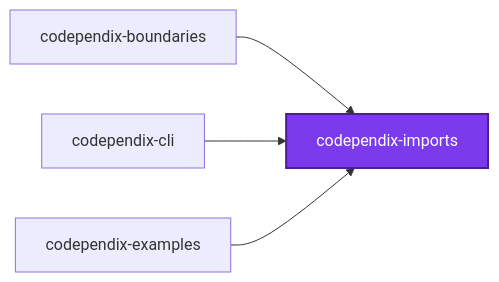
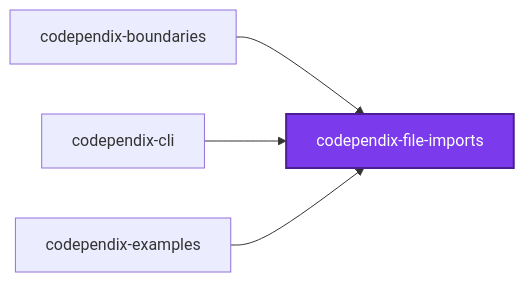
One commit to JimmyPaolini/codebase changed the first of 3 diagrams in packages/codependix-file-imports/README.md. Above: the diagram before and after it, drawn with Mermaid. The commit also changed other lines of this file and 13 other files, not shown here.

````diff
--- a/packages/codependix-file-imports/README.md
+++ b/packages/codependix-file-imports/README.md
@@ -14,12 +14,12 @@
 ```mermaid
 graph LR
   codependix_boundaries["codependix-boundaries"]
   codependix_cli["codependix-cli"]
   codependix_examples["codependix-examples"]
-  codependix_imports["codependix-imports"]
-  codependix_boundaries --> codependix_imports
-  codependix_cli --> codependix_imports
-  codependix_examples --> codependix_imports
+  codependix_file_imports["codependix-file-imports"]
+  codependix_boundaries --> codependix_file_imports
+  codependix_cli --> codependix_file_imports
+  codependix_examples --> codependix_file_imports
   classDef subject fill:#7c3aed,color:#fff,stroke:#4c1d95,stroke-width:2px
-  class codependix_imports subject
+  class codependix_file_imports subject
 ```
````
